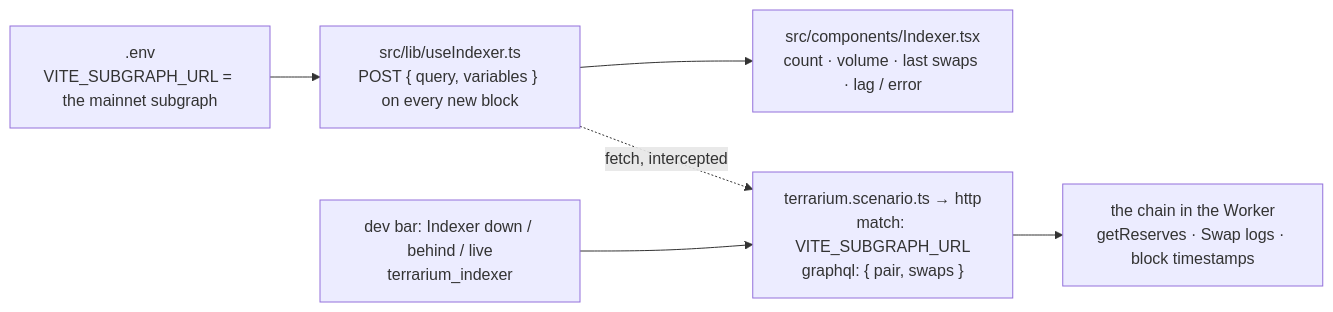
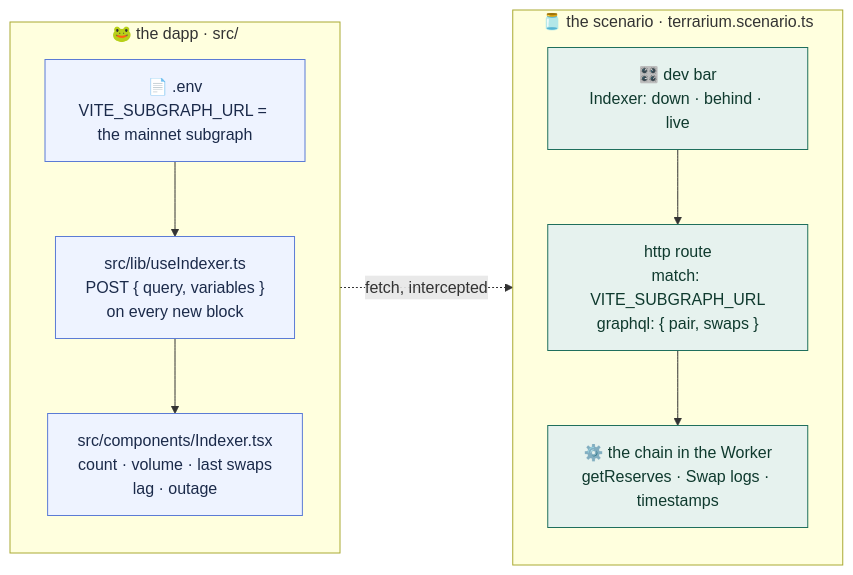
Before and after one commit to damarnez/terrarium: the second of 2 diagrams in docs/http-and-subgraphs.md, drawn with Mermaid. The commit also changed other lines of this file and 5 other files, not shown here.

````diff
--- a/docs/http-and-subgraphs.md
+++ b/docs/http-and-subgraphs.md
@@ -214,11 +214,17 @@
 ```mermaid
 flowchart LR
-  env[".env<br/>VITE_SUBGRAPH_URL = the mainnet subgraph"]
-  hook["src/lib/useIndexer.ts<br/>POST { query, variables } on every new block"]
-  panel["src/components/Indexer.tsx<br/>count · volume · last swaps · lag / error"]
-  route["terrarium.scenario.ts → http<br/>match: VITE_SUBGRAPH_URL<br/>graphql: { pair, swaps }"]
-  chain["the chain in the Worker<br/>getReserves · Swap logs · block timestamps"]
-  env --> hook --> panel
-  hook -. "fetch, intercepted" .-> route --> chain
-  ctl["dev bar: Indexer down / behind / live<br/>terrarium_indexer"] --> route
+  subgraph dapp["🐸 the dapp · src/"]
+    direction TB
+    env["📄 .env<br/>VITE_SUBGRAPH_URL = the mainnet subgraph"] --> hook["src/lib/useIndexer.ts<br/>POST { query, variables }<br/>on every new block"] --> panel["src/components/Indexer.tsx<br/>count · volume · last swaps<br/>lag · outage"]
+  end
+  subgraph terr["🫙 the scenario · terrarium.scenario.ts"]
+    direction TB
+    route["http route<br/>match: VITE_SUBGRAPH_URL<br/>graphql: { pair, swaps }"] --> chain["⚙️ the chain in the Worker<br/>getReserves · Swap logs · timestamps"]
+    ctl["🎛️ dev bar<br/>Indexer: down · behind · live"] --> route
+  end
+  hook -. "fetch, intercepted" .-> route
+  classDef dapp fill:#eef3ff,stroke:#5b7bd5,color:#1b2a4a
+  classDef terr fill:#e6f2ee,stroke:#1f6f5c,color:#0f3a2e
+  class env,hook,panel dapp
+  class route,chain,ctl terr
 ```
````
